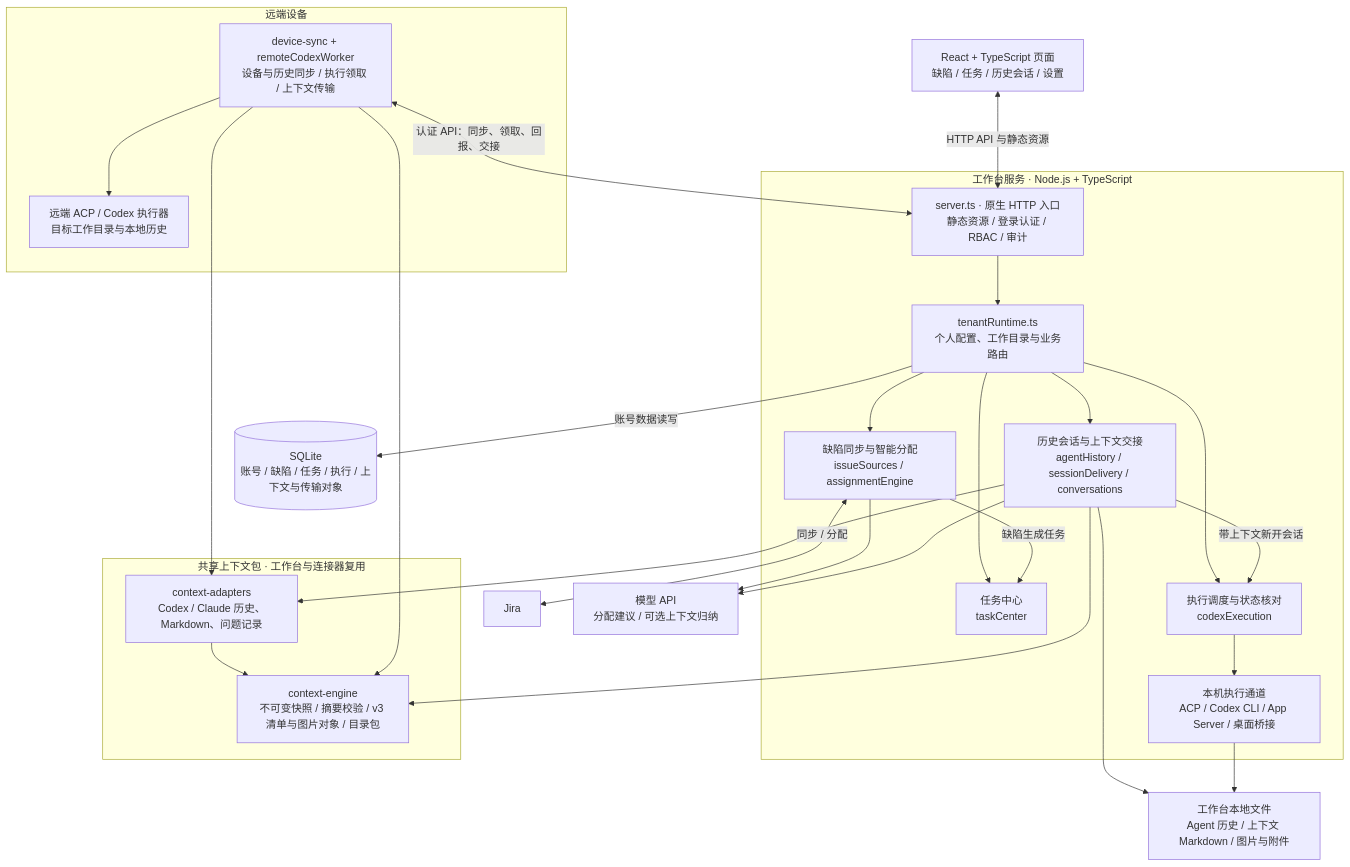
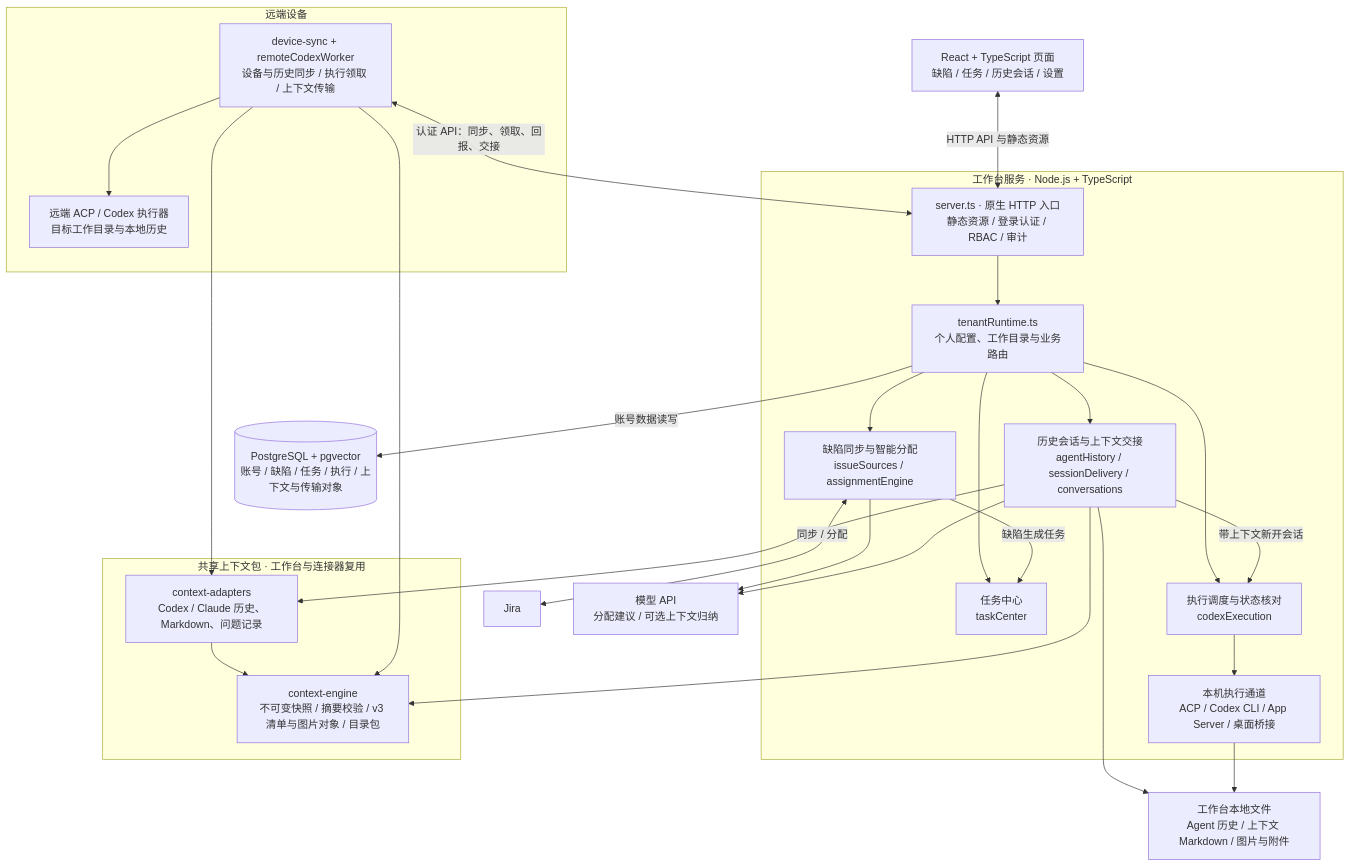
The first of 2 diagrams in README.md (Gausons/auto-workflow), drawn with Mermaid before and after one commit. The commit also changed other lines of this file and 57 other files, not shown here.

Commit message:
refactor: use PostgreSQL exclusively across app and tests

````diff
--- a/README.md
+++ b/README.md
@@ -20,53 +20,53 @@
 ```mermaid
 flowchart TB
   Web["React + TypeScript 页面<br/>缺陷 / 任务 / 历史会话 / 设置"]
 
   subgraph Workbench["工作台服务 · Node.js + TypeScript"]
     HTTP["server.ts · 原生 HTTP 入口<br/>静态资源 / 登录认证 / RBAC / 审计"]
     Runtime["tenantRuntime.ts<br/>个人配置、工作目录与业务路由"]
     Issues["缺陷同步与智能分配<br/>issueSources / assignmentEngine"]
     Tasks["任务中心<br/>taskCenter"]
     Sessions["历史会话与上下文交接<br/>agentHistory / sessionDelivery / conversations"]
     Execution["执行调度与状态核对<br/>codexExecution"]
     Local["本机执行通道<br/>ACP / Codex CLI / App Server / 桌面桥接"]
 
     HTTP --> Runtime
     Runtime --> Issues
     Runtime --> Tasks
     Runtime --> Sessions
     Runtime --> Execution
     Issues -->|缺陷生成任务| Tasks
     Sessions -->|带上下文新开会话| Execution
     Execution --> Local
   end
 
   subgraph Context["共享上下文包 · 工作台与连接器复用"]
     Adapters["context-adapters<br/>Codex / Claude 历史、Markdown、问题记录"]
     Engine["context-engine<br/>不可变快照 / 摘要校验 / v3 清单与图片对象 / 目录包"]
     Adapters --> Engine
   end
 
   subgraph Remote["远端设备"]
     Connector["device-sync + remoteCodexWorker<br/>设备与历史同步 / 执行领取 / 上下文传输"]
     RemoteAgent["远端 ACP / Codex 执行器<br/>目标工作目录与本地历史"]
     Connector --> RemoteAgent
   end
 
-  DB[("SQLite<br/>账号 / 缺陷 / 任务 / 执行 / 上下文与传输对象")]
+  DB[("PostgreSQL + pgvector<br/>账号 / 缺陷 / 任务 / 执行 / 上下文与传输对象")]
   Files["工作台本地文件<br/>Agent 历史 / 上下文 Markdown / 图片与附件"]
   Jira["Jira"]
   AI["模型 API<br/>分配建议 / 可选上下文归纳"]
 
   Web <-->|HTTP API 与静态资源| HTTP
   Runtime -->|账号数据读写| DB
   Issues <-->|同步 / 分配| Jira
   Issues --> AI
   Sessions --> AI
   Sessions --> Adapters
   Sessions --> Engine
   Sessions --> Files
   Local --> Files
   Connector <-->|认证 API：同步、领取、回报、交接| HTTP
   Connector --> Adapters
   Connector --> Engine
 ```
````
